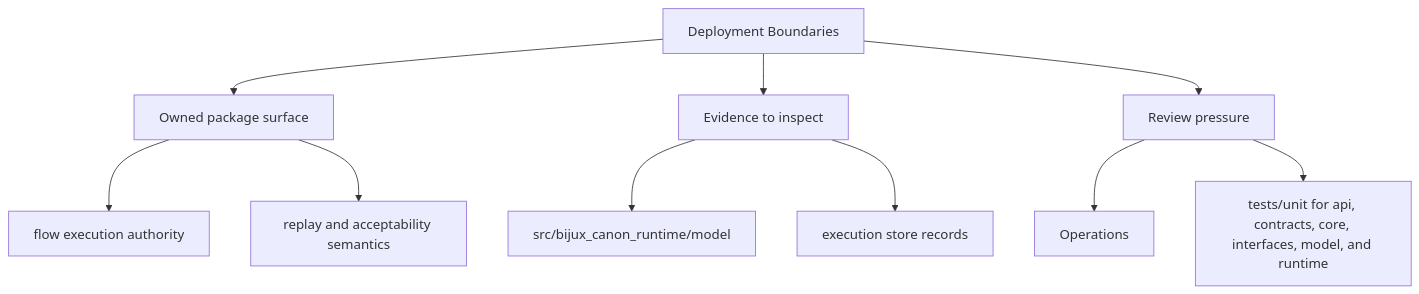
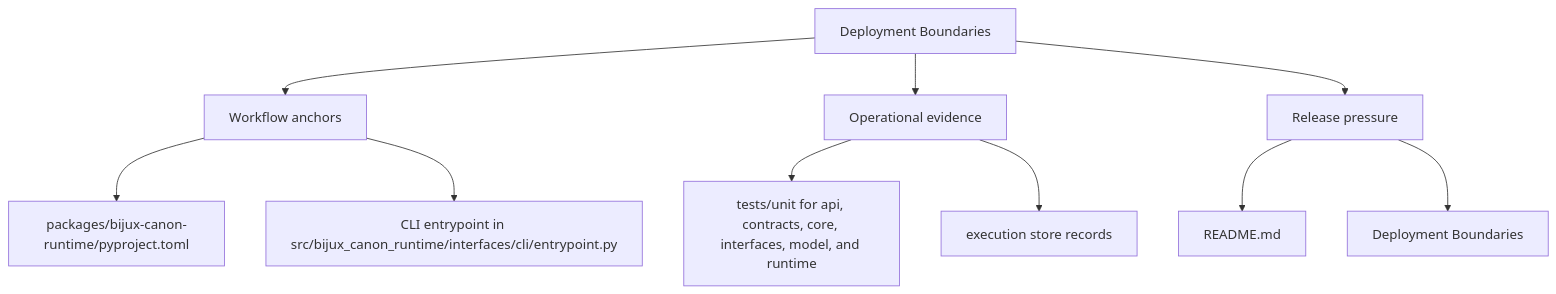
The second of 2 diagrams in docs/bijux-canon-runtime/operations/deployment-boundaries.md (bijux/bijux-canon), drawn with Mermaid before and after one commit. The commit also changed other lines of this file and 250 other files, not shown here.

Commit message:
docs(diagrams): make product page maps more readable

````diff
--- a/docs/bijux-canon-runtime/operations/deployment-boundaries.md
+++ b/docs/bijux-canon-runtime/operations/deployment-boundaries.md
@@ -34,22 +34,22 @@
 ```mermaid
 flowchart TD
     page["Deployment Boundaries"]
-    focus1["Owned package surface"]
+    focus1["Workflow anchors"]
     page --> focus1
-    focus1_1["flow execution authority"]
+    focus1_1["packages/bijux-canon-runtime/pyproject.toml"]
     focus1 --> focus1_1
-    focus1_2["replay and acceptability semantics"]
+    focus1_2["CLI entrypoint in src/bijux_canon_runtime/interfaces/cli/entrypoint.py"]
     focus1 --> focus1_2
-    focus2["Evidence to inspect"]
+    focus2["Operational evidence"]
     page --> focus2
-    focus2_1["src/bijux_canon_runtime/model"]
+    focus2_1["tests/unit for api, contracts, core, interfaces, model, and runtime"]
     focus2 --> focus2_1
     focus2_2["execution store records"]
     focus2 --> focus2_2
-    focus3["Review pressure"]
+    focus3["Release pressure"]
     page --> focus3
-    focus3_1["Operations"]
+    focus3_1["README.md"]
     focus3 --> focus3_1
-    focus3_2["tests/unit for api, contracts, core, interfaces, model, and runtime"]
+    focus3_2["Deployment Boundaries"]
     focus3 --> focus3_2
 ```
````
